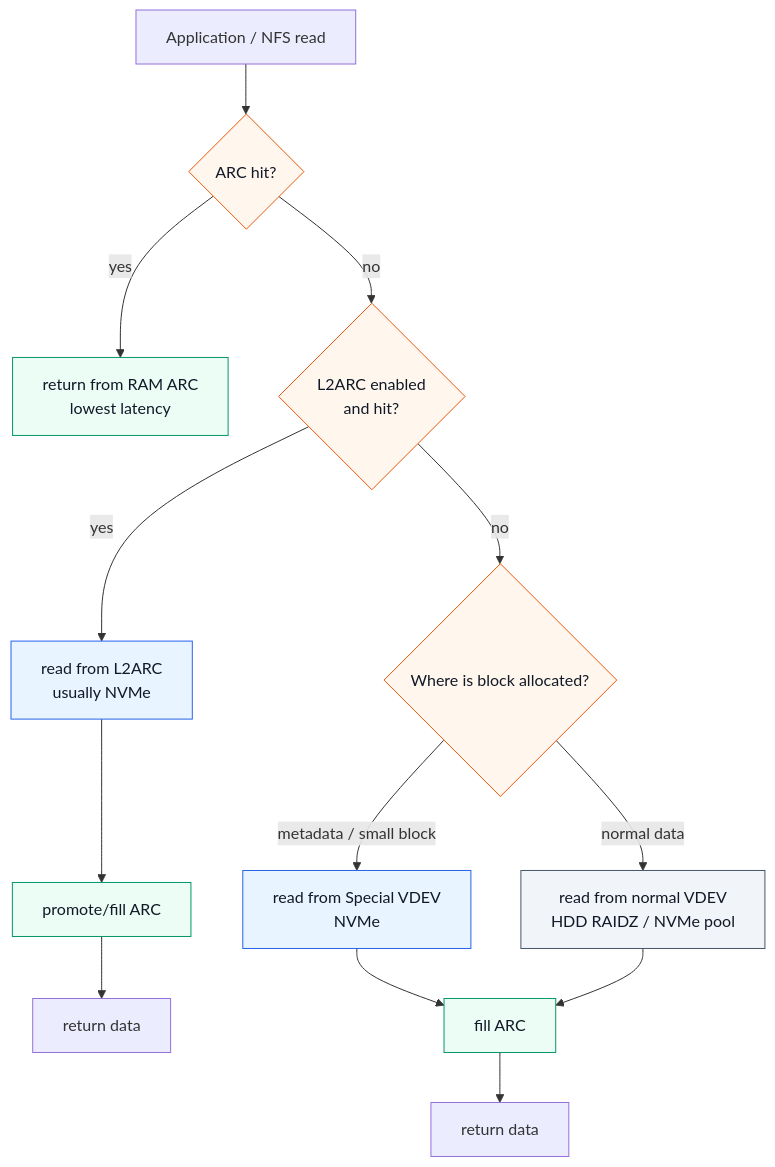
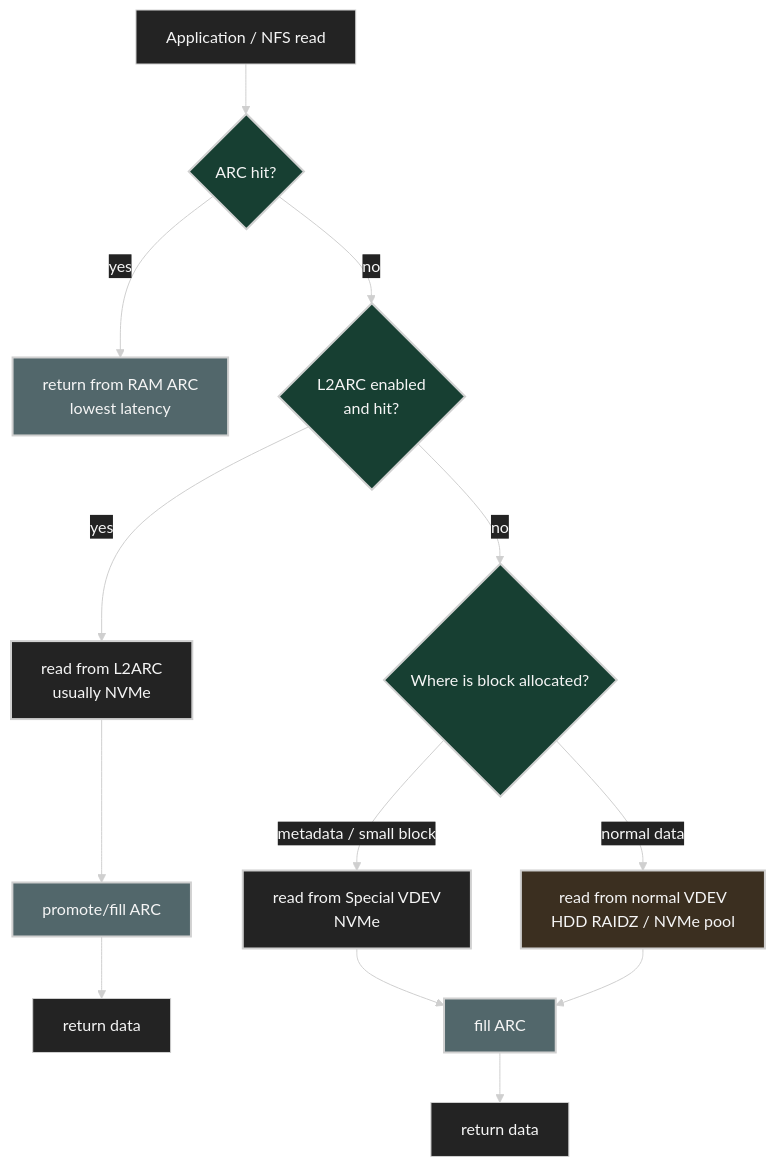
The third of 6 diagrams in storage/zfs/README.md (ziwon/ai-data-center-network), drawn with Mermaid before and after one commit. The commit also changed other lines of this file and 35 other files, not shown here.

Commit message:
docs(mermaid): apply dark diagram style

````diff
--- a/storage/zfs/README.md
+++ b/storage/zfs/README.md
@@ -841,24 +843,25 @@
 ```mermaid
+%%{init: {"theme": "base", "themeVariables": {"background": "#171717", "primaryColor": "#232323", "primaryTextColor": "#f5f5f5", "primaryBorderColor": "#d0d0d0", "lineColor": "#cfcfcf", "fontFamily": "Inter, Arial, sans-serif"}}}%%
 flowchart TD
   read["Application / NFS read"] --> arc_hit{"ARC hit?"}
   arc_hit -->|"yes"| return_arc["return from RAM ARC<br/>lowest latency"]
   arc_hit -->|"no"| l2_check{"L2ARC enabled<br/>and hit?"}
   l2_check -->|"yes"| l2_read["read from L2ARC<br/>usually NVMe"]
   l2_read --> promote["promote/fill ARC"]
   promote --> return_l2["return data"]
   l2_check -->|"no"| disk_path{"Where is block allocated?"}
   disk_path -->|"metadata / small block"| special_read["read from Special VDEV<br/>NVMe"]
   disk_path -->|"normal data"| pool_read["read from normal VDEV<br/>HDD RAIDZ / NVMe pool"]
   special_read --> fill_arc["fill ARC"]
   pool_read --> fill_arc
   fill_arc --> return_disk["return data"]
 
-  classDef ram fill:#ecfdf5,stroke:#059669,stroke-width:1px,color:#111827;
-  classDef nvme fill:#e8f4ff,stroke:#2563eb,stroke-width:1px,color:#111827;
-  classDef disk fill:#f1f5f9,stroke:#475569,stroke-width:1px,color:#111827;
-  classDef decision fill:#fff7ed,stroke:#ea580c,stroke-width:1px,color:#111827;
+  classDef ram fill:#52676b,stroke:#d0d0d0,color:#f5f5f5,stroke-width:2px;
+  classDef nvme fill:#232323,stroke:#d0d0d0,color:#f5f5f5,stroke-width:2px;
+  classDef disk fill:#3b2f20,stroke:#d0d0d0,color:#f5f5f5,stroke-width:2px;
+  classDef decision fill:#173f32,stroke:#d0d0d0,color:#f5f5f5,stroke-width:2px;
   class arc_hit,l2_check,disk_path decision;
   class return_arc,promote,fill_arc ram;
   class l2_read,special_read nvme;
   class pool_read disk;
 ```
````
